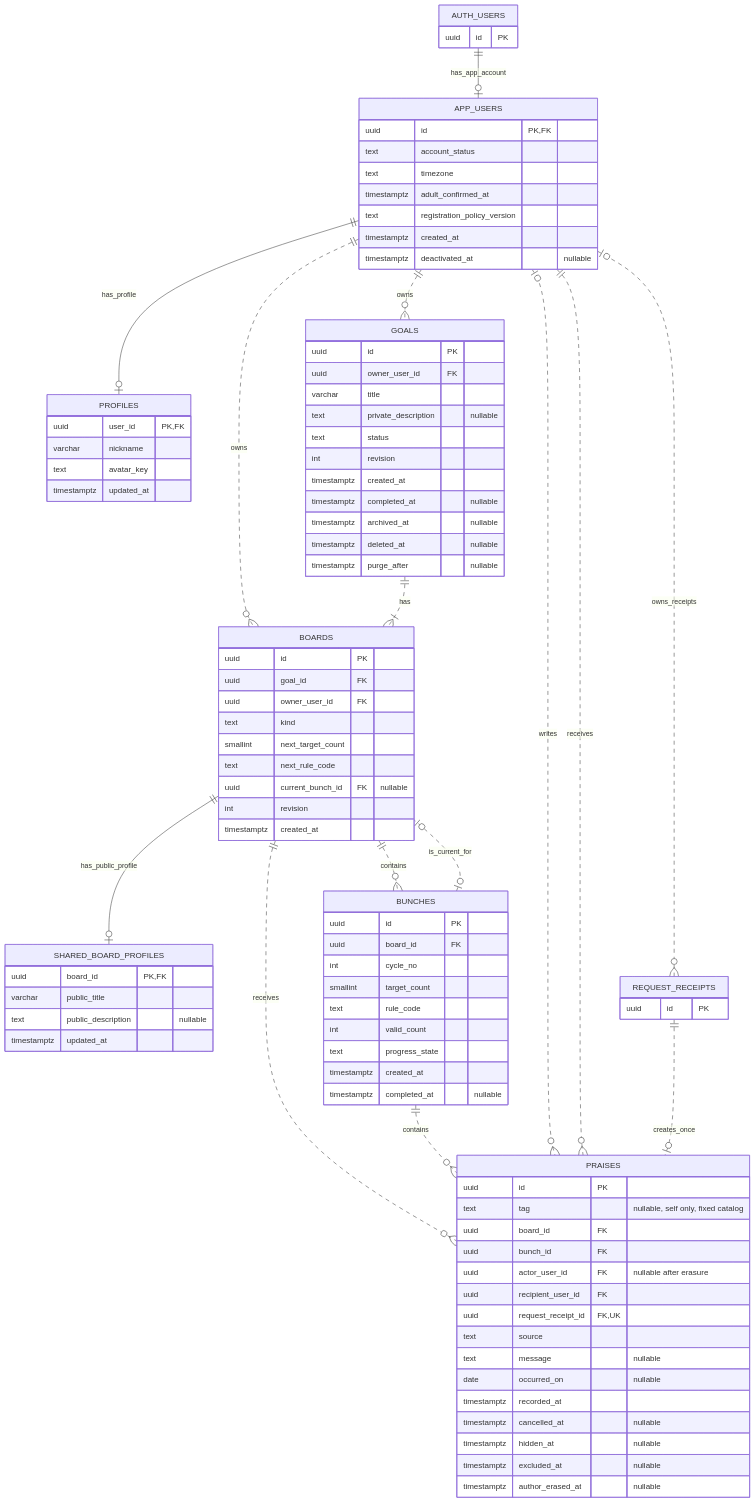
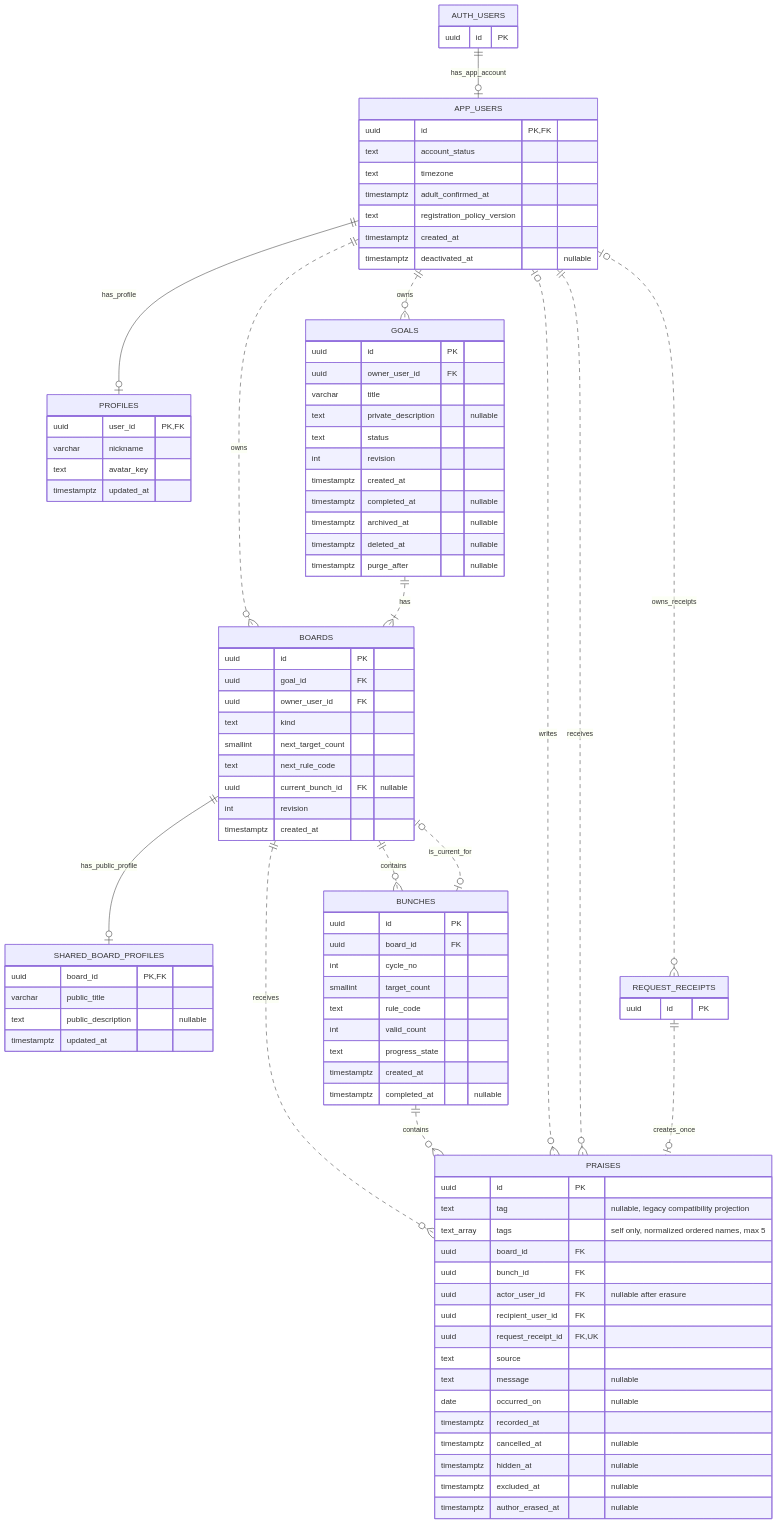
Before and after one commit to nemo9nemo/chagokchan: the first of 3 diagrams in docs/data-erd.md, drawn with Mermaid. The commit also changed other lines of this file and 33 other files, not shown here.

```diff
--- a/docs/data-erd.md
+++ b/docs/data-erd.md
@@ -90,7 +90,8 @@
     }
     PRAISES {
         uuid id PK
-        text tag "nullable, self only, fixed catalog"
+        text tag "nullable, legacy compatibility projection"
+        text_array tags "self only, normalized ordered names, max 5"
         uuid board_id FK
         uuid bunch_id FK
         uuid actor_user_id FK "nullable after erasure"
```
